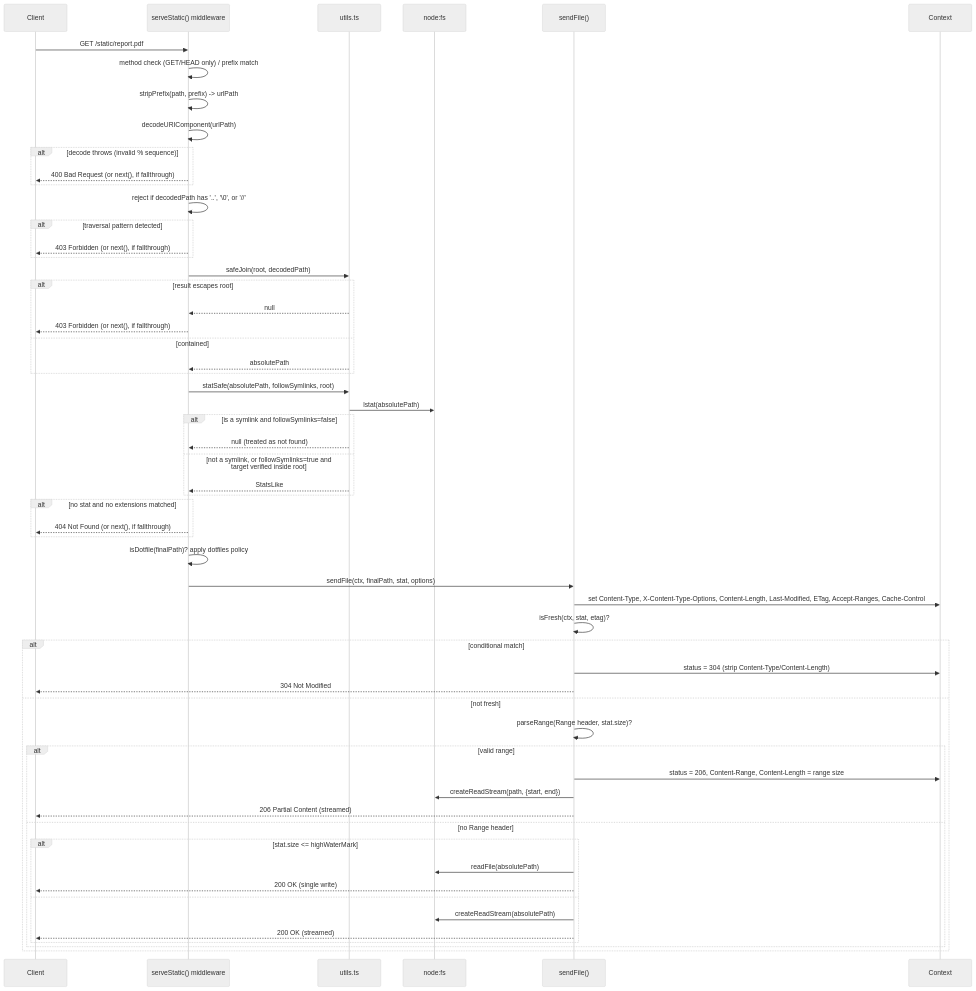
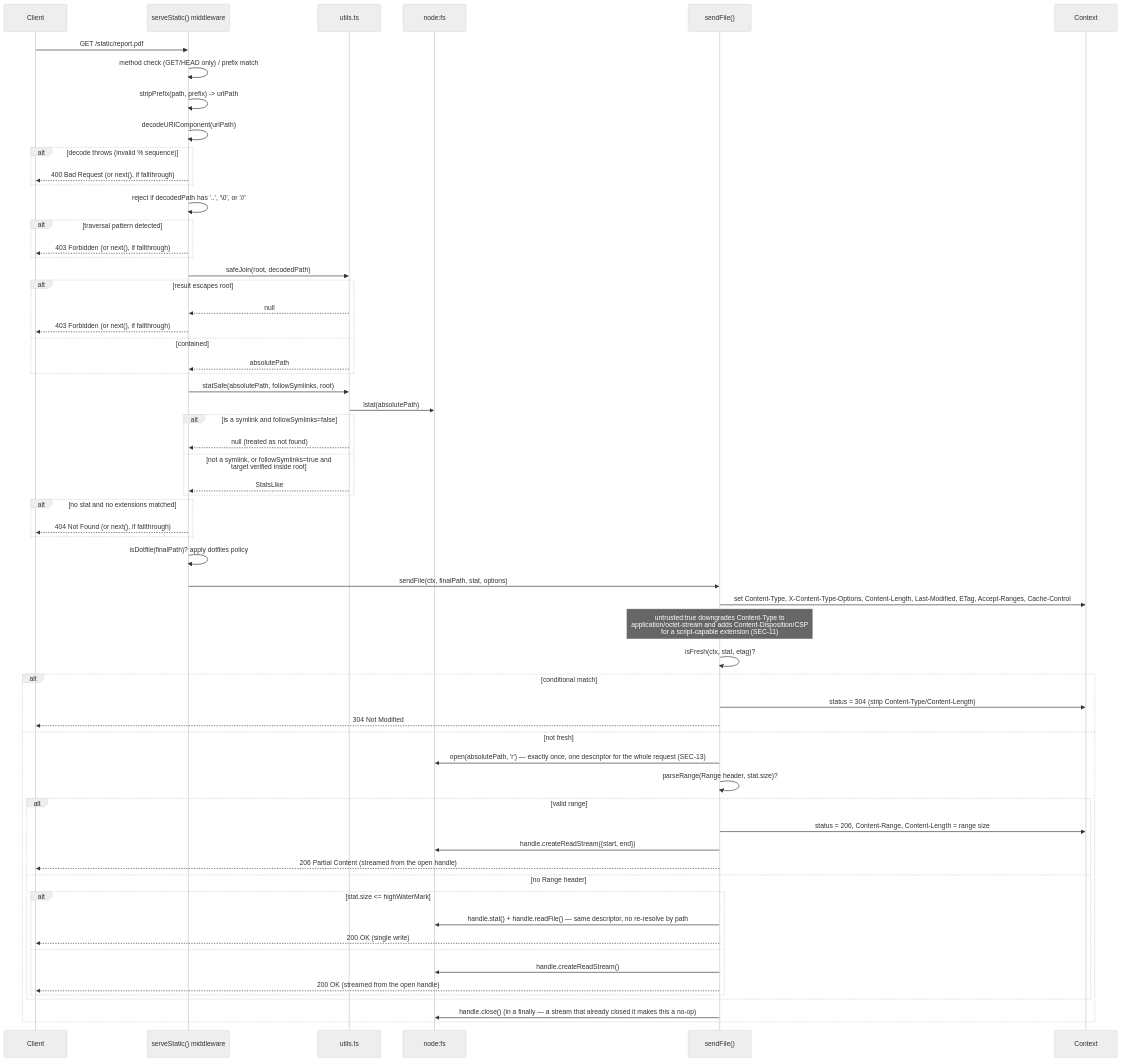
The third of 4 diagrams in packages/middleware/static/ARCHITECTURE.md (0xTanzim/nextRush), drawn with Mermaid (neutral theme) before and after one commit. The commit also changed other lines of this file and 30 other files, not shown here.

First line of the commit message:
fix(security): harden response and content boundaries (WS-E, SEC-10/11/12/13/14/17)

````diff
--- a/packages/middleware/static/ARCHITECTURE.md
+++ b/packages/middleware/static/ARCHITECTURE.md
@@ -240,61 +243,64 @@
 ```mermaid
 sequenceDiagram
     participant Client
     participant Static as serveStatic() middleware
     participant Utils as utils.ts
     participant FS as node:fs
     participant SendFile as sendFile()
     participant Ctx as Context
 
     Client->>Static: GET /static/report.pdf
     Static->>Static: method check (GET/HEAD only) / prefix match
     Static->>Static: stripPrefix(path, prefix) -> urlPath
     Static->>Static: decodeURIComponent(urlPath)
     alt decode throws (invalid % sequence)
         Static-->>Client: 400 Bad Request (or next(), if fallthrough)
     end
     Static->>Static: reject if decodedPath has '..', '\0', or '//'
     alt traversal pattern detected
         Static-->>Client: 403 Forbidden (or next(), if fallthrough)
     end
     Static->>Utils: safeJoin(root, decodedPath)
     alt result escapes root
         Utils-->>Static: null
         Static-->>Client: 403 Forbidden (or next(), if fallthrough)
     else contained
         Utils-->>Static: absolutePath
     end
     Static->>Utils: statSafe(absolutePath, followSymlinks, root)
     Utils->>FS: lstat(absolutePath)
     alt is a symlink and followSymlinks=false
         Utils-->>Static: null (treated as not found)
     else not a symlink, or followSymlinks=true and target verified inside root
         Utils-->>Static: StatsLike
     end
     alt no stat and no extensions matched
         Static-->>Client: 404 Not Found (or next(), if fallthrough)
     end
     Static->>Static: isDotfile(finalPath)? apply dotfiles policy
     Static->>SendFile: sendFile(ctx, finalPath, stat, options)
     SendFile->>Ctx: set Content-Type, X-Content-Type-Options, Content-Length, Last-Modified, ETag, Accept-Ranges, Cache-Control
+    Note over SendFile: untrusted:true downgrades Content-Type to<br/>application/octet-stream and adds Content-Disposition/CSP<br/>for a script-capable extension (SEC-11)
     SendFile->>SendFile: isFresh(ctx, stat, etag)?
     alt conditional match
         SendFile->>Ctx: status = 304 (strip Content-Type/Content-Length)
         SendFile-->>Client: 304 Not Modified
     else not fresh
+        SendFile->>FS: open(absolutePath, 'r') — exactly once, one descriptor for the whole request (SEC-13)
         SendFile->>SendFile: parseRange(Range header, stat.size)?
         alt valid range
             SendFile->>Ctx: status = 206, Content-Range, Content-Length = range size
-            SendFile->>FS: createReadStream(path, {start, end})
-            SendFile-->>Client: 206 Partial Content (streamed)
+            SendFile->>FS: handle.createReadStream({start, end})
+            SendFile-->>Client: 206 Partial Content (streamed from the open handle)
         else no Range header
             alt stat.size <= highWaterMark
-                SendFile->>FS: readFile(absolutePath)
+                SendFile->>FS: handle.stat() + handle.readFile() — same descriptor, no re-resolve by path
                 SendFile-->>Client: 200 OK (single write)
             else
-                SendFile->>FS: createReadStream(absolutePath)
-                SendFile-->>Client: 200 OK (streamed)
+                SendFile->>FS: handle.createReadStream()
+                SendFile-->>Client: 200 OK (streamed from the open handle)
             end
         end
+        SendFile->>FS: handle.close() (in a finally — a stream that already closed it makes this a no-op)
     end
 ```
````
